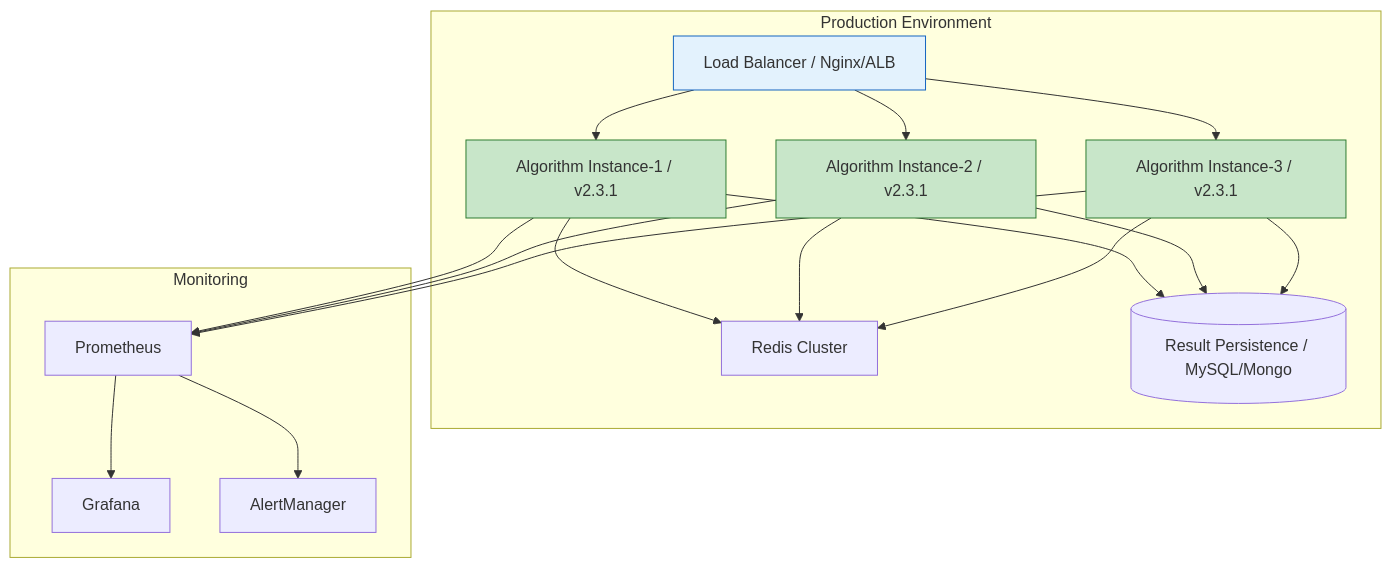
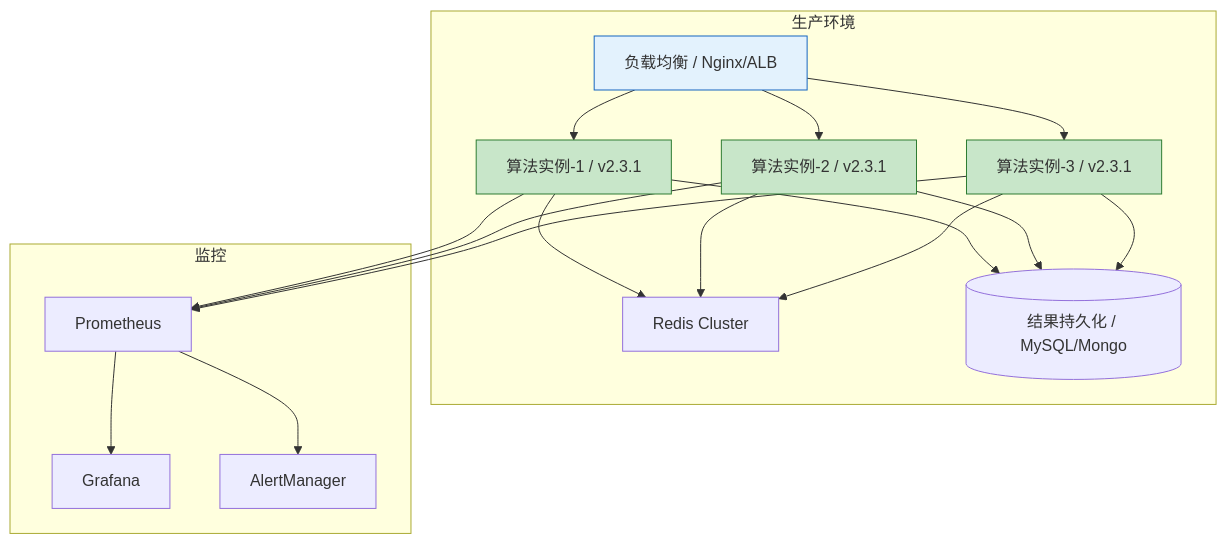
One commit to Kirky-X/cangjie changed the ninth of 10 diagrams in templates/Product/Technology/Template-Algorithm.md. Above: the diagram before and after it, drawn with Mermaid. The commit also changed other lines of this file and 33 other files, not shown here.

````diff
--- a/templates/Product/Technology/Template-Algorithm.md
+++ b/templates/Product/Technology/Template-Algorithm.md
@@ -850,38 +850,38 @@
 ```mermaid
 graph TB
-    subgraph Production Environment
-        LB[Load Balancer / Nginx/ALB]
-        S1[Algorithm Instance-1 / v2.3.1]
-        S2[Algorithm Instance-2 / v2.3.1]
-        S3[Algorithm Instance-3 / v2.3.1]
+    subgraph 生产环境
+        LB[负载均衡 / Nginx/ALB]
+        S1[算法实例-1 / v2.3.1]
+        S2[算法实例-2 / v2.3.1]
+        S3[算法实例-3 / v2.3.1]
         Cache[Redis Cluster]
-        DB[(Result Persistence / MySQL/Mongo)]
+        DB[(结果持久化 / MySQL/Mongo)]
     end
 
-    subgraph Monitoring
+    subgraph 监控
         Prom[Prometheus]
         Graf[Grafana]
         Alert[AlertManager]
     end
 
     LB --> S1
     LB --> S2
     LB --> S3
     S1 --> Cache
     S2 --> Cache
     S3 --> Cache
     S1 --> DB
     S2 --> DB
     S3 --> DB
 
     S1 --> Prom
     S2 --> Prom
     S3 --> Prom
     Prom --> Graf
     Prom --> Alert
 
     style LB fill:#e3f2fd,stroke:#1565c0
     style S1 fill:#c8e6c9,stroke:#2e7d32
     style S2 fill:#c8e6c9,stroke:#2e7d32
     style S3 fill:#c8e6c9,stroke:#2e7d32
 ```
````
